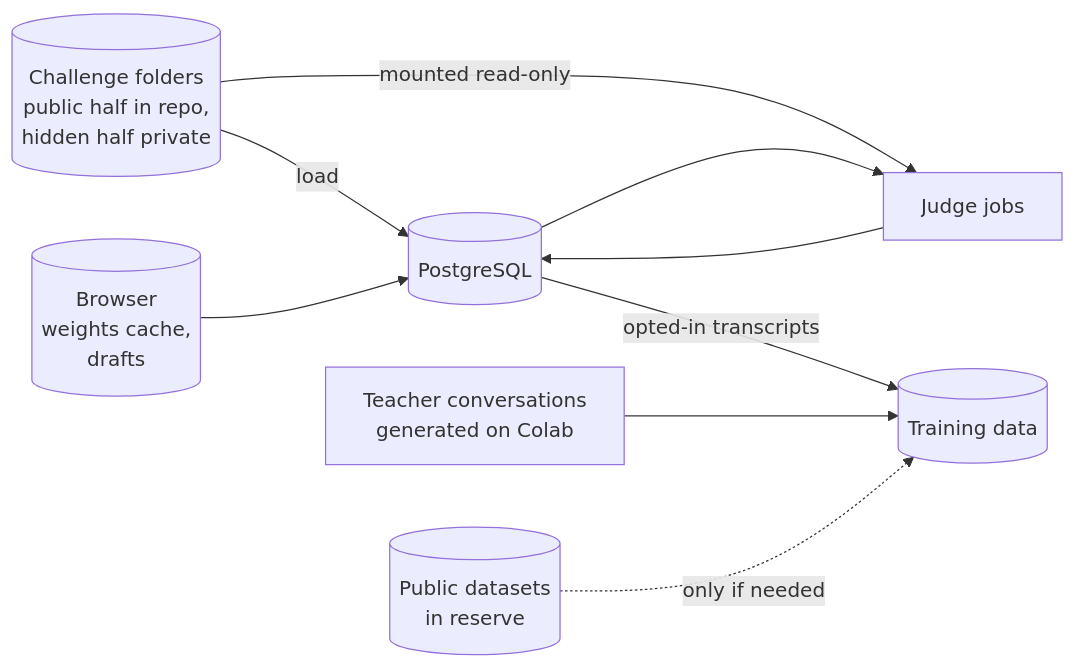
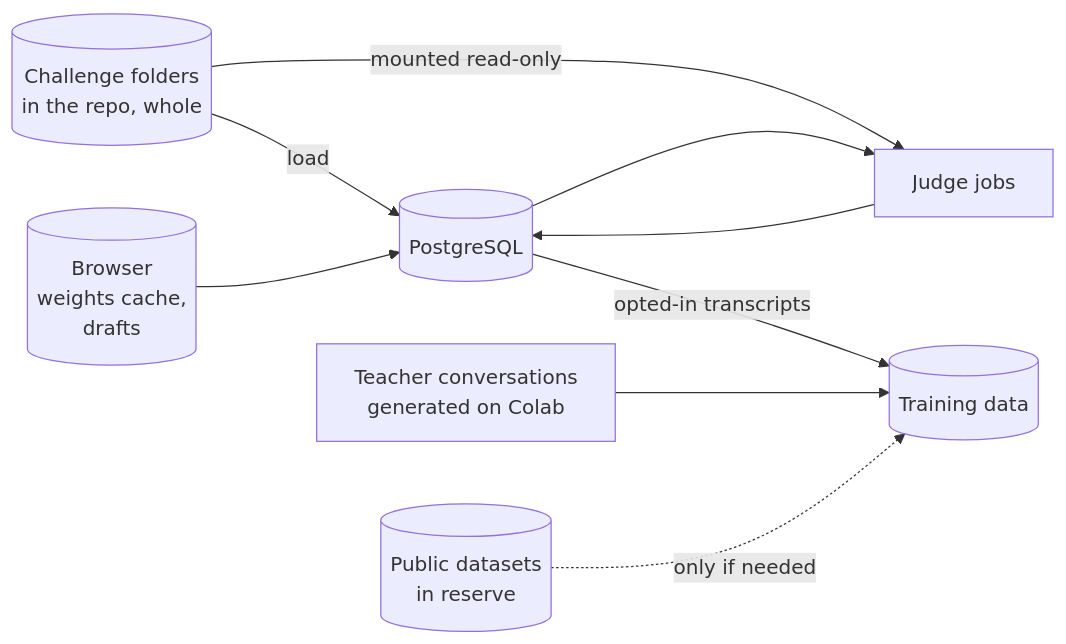
Before and after one commit to MoAbboud/PortFolio: the first of 2 diagrams in codevscode/requirements/04-data-model.md, drawn with Mermaid. The commit also changed other lines of this file and 18 other files, not shown here.

````diff
--- a/codevscode/requirements/04-data-model.md
+++ b/codevscode/requirements/04-data-model.md
@@ -7,11 +7,11 @@
 ```mermaid
 flowchart LR
-    CH[(Challenge folders<br/>public half in repo,<br/>hidden half private)] -->|load| PG[(PostgreSQL)]
+    CH[(Challenge folders<br/>in the repo, whole)] -->|load| PG[(PostgreSQL)]
     CH -->|mounted read-only| JB[Judge jobs]
     PG --> JB
     JB --> PG
     BR[(Browser<br/>weights cache,<br/>drafts)] --> PG
     PG -->|opted-in transcripts| TD[(Training data)]
     TCH[Teacher conversations<br/>generated on Colab] --> TD
     SRC[(Public datasets<br/>in reserve)] -.->|only if needed| TD
 ```
````
